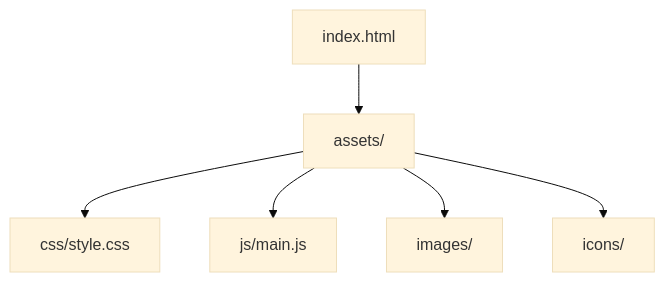
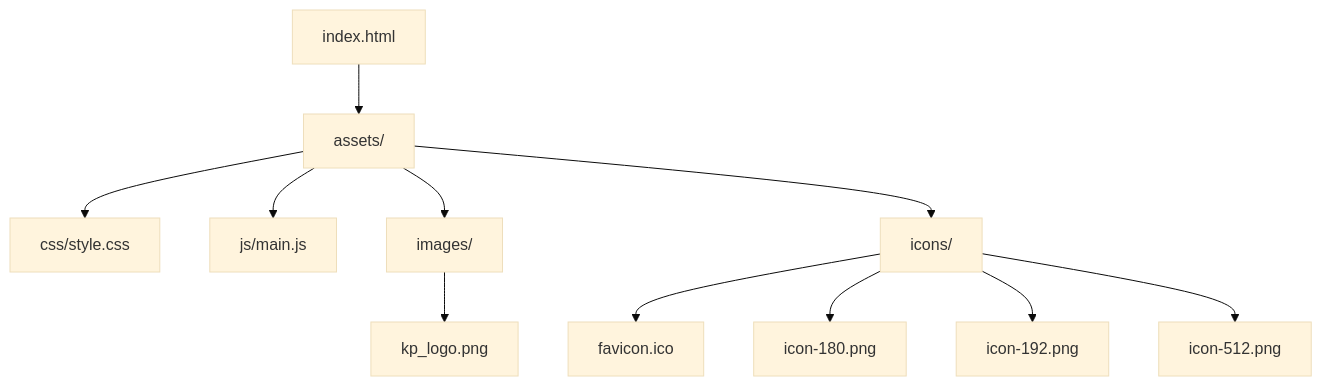
Before and after one commit to panuwsan/panuwsan.github.io: the third of 3 diagrams in krapow/Readme.md, drawn with Mermaid (base theme).

Commit message:
Edit mermaid chart

````diff
--- a/krapow/Readme.md
+++ b/krapow/Readme.md
@@ -338,8 +338,13 @@
 ```mermaid
 graph TD
     A[index.html] --> B[assets/]
     B --> C[css/style.css]
     B --> D[js/main.js]
     B --> F[images/]
+    F --> F1[kp_logo.png]
     B --> G[icons/]
+    G --> G1[favicon.ico]
+    G --> G2[icon-180.png]
+    G --> G3[icon-192.png]
+    G --> G4[icon-512.png]
 ```
````
